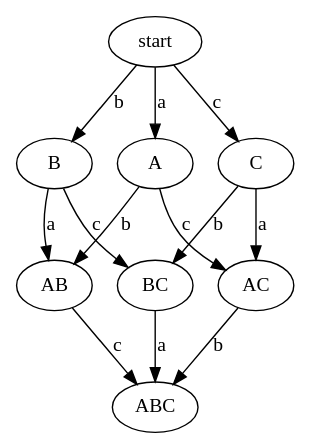
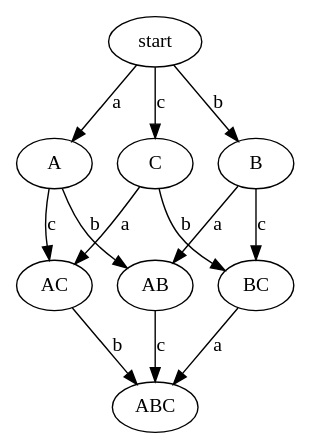
One commit to WilliamArnone/Tallulah changed the diagram in examples/BTI SP WF/SP WF generated BTI.dot. Above: the diagram before and after it, drawn with Graphviz. The commit also changed 1 other file, not shown here.

```diff
--- a/examples/BTI SP WF/SP WF generated BTI.dot
+++ b/examples/BTI SP WF/SP WF generated BTI.dot
@@ -1,28 +1,22 @@
 digraph G {
 	"start" -> "A" [label="a"]
 	"start" -> "B" [label="b"]
 	"start" -> "C" [label="c"]
-	"BC" -> "ABC" [label="a"]
-	"AB" -> "ABC" [label="c"]
 	"A" -> "AB" [label="b"]
 	"A" -> "AC" [label="c"]
+	"AB" -> "ABC" [label="c"]
+	"BC" -> "ABC" [label="a"]
+	"B" -> "AB" [label="a"]
 	"B" -> "BC" [label="c"]
-	"B" -> "AB" [label="a"]
 	"C" -> "BC" [label="b"]
 	"C" -> "AC" [label="a"]
 	"AC" -> "ABC" [label="b"]
 } 
  /* 
-	<BC -b-> C / <BC -c-> B
-	<ABC -a-> BC / <ABC -b-> AC
-	<AB -b-> A / <AB -a-> B
-	<ABC -b-> AC / <ABC -c-> AB
-	<ABC -c-> AB / <ABC -a-> BC
-	<ABC -c-> AB / <ABC -b-> AC
-	<ABC -b-> AC / <ABC -a-> BC
-	<AC -c-> A / <AC -a-> C
-	<BC -c-> B / <BC -b-> C
-	<AC -a-> C / <AC -c-> A
-	<AB -a-> B / <AB -b-> A
-	<ABC -a-> BC / <ABC -c-> AB
+	< AB -a-> B / < AB -b-> A
+	< AC -a-> C / < AC -c-> A
+	< BC -c-> B / < BC -b-> C
+	< ABC -a-> BC / < ABC -b-> AC
+	< ABC -b-> AC / < ABC -c-> AB
+	< ABC -a-> BC / < ABC -c-> AB
 */
```
